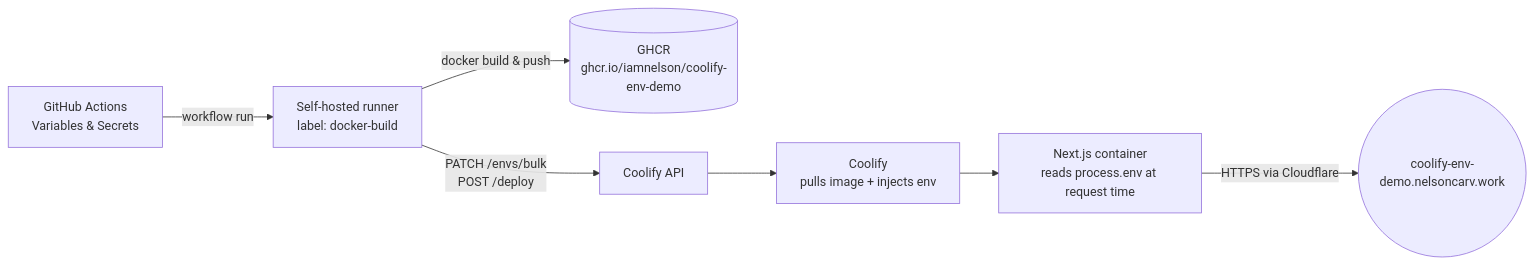
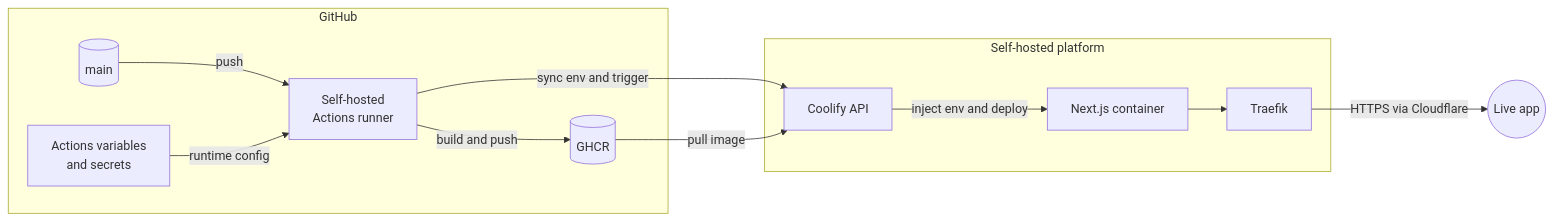
Before and after one commit to iamnelson/coolify-env-demo: the diagram in README.md, drawn with Mermaid. The commit also changed other lines of this file and 2 other files, not shown here.

````diff
--- a/README.md
+++ b/README.md
@@ -23,9 +50,24 @@
 ```mermaid
 flowchart LR
-    A[GitHub Actions\nVariables & Secrets] -->|workflow run| B[Self-hosted runner\nlabel: docker-build]
-    B -->|docker build & push| C[(GHCR\nghcr.io/iamnelson/coolify-env-demo)]
-    B -->|PATCH /envs/bulk\nPOST /deploy| D[Coolify API]
-    D --> E[Coolify\npulls image + injects env]
-    E --> F[Next.js container\nreads process.env at request time]
-    F -->|HTTPS via Cloudflare| G((coolify-env-demo.nelsoncarv.work))
+    subgraph github [GitHub]
+        G[(main)]
+        V[Actions variables<br/>and secrets]
+        A[Self-hosted<br/>Actions runner]
+        R[(GHCR)]
+        G -->|push| A
+        V -->|runtime config| A
+        A -->|build and push| R
+    end
+
+    subgraph platform [Self-hosted platform]
+        C[Coolify API]
+        N[Next.js container]
+        T[Traefik]
+        C -->|inject env and deploy| N
+        N --> T
+    end
+
+    A -->|sync env and trigger| C
+    R -->|pull image| C
+    T -->|HTTPS via Cloudflare| L((Live app))
 ```
````
